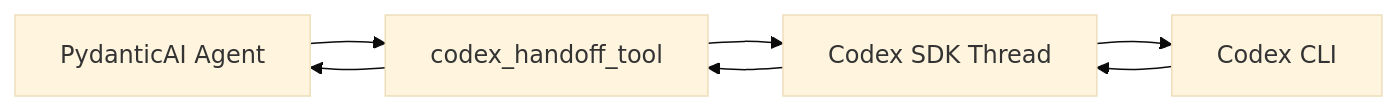
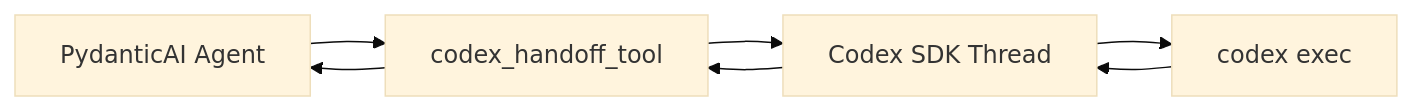
The fifth of 5 diagrams in README.md (vectorfy-co/codex-sdk-python), drawn with Mermaid (base theme) before and after one commit. The commit also changed other lines of this file and 7 other files, not shown here.

````diff
--- a/README.md
+++ b/README.md
@@ -796,9 +850,9 @@
 ```mermaid
 flowchart LR
   Agent[PydanticAI Agent] --> Tool[codex_handoff_tool]
   Tool --> SDK[Codex SDK Thread]
-  SDK --> CLI[Codex CLI]
+  SDK --> CLI[codex exec]
   CLI --> SDK
   SDK --> Tool
   Tool --> Agent
 ```
````
